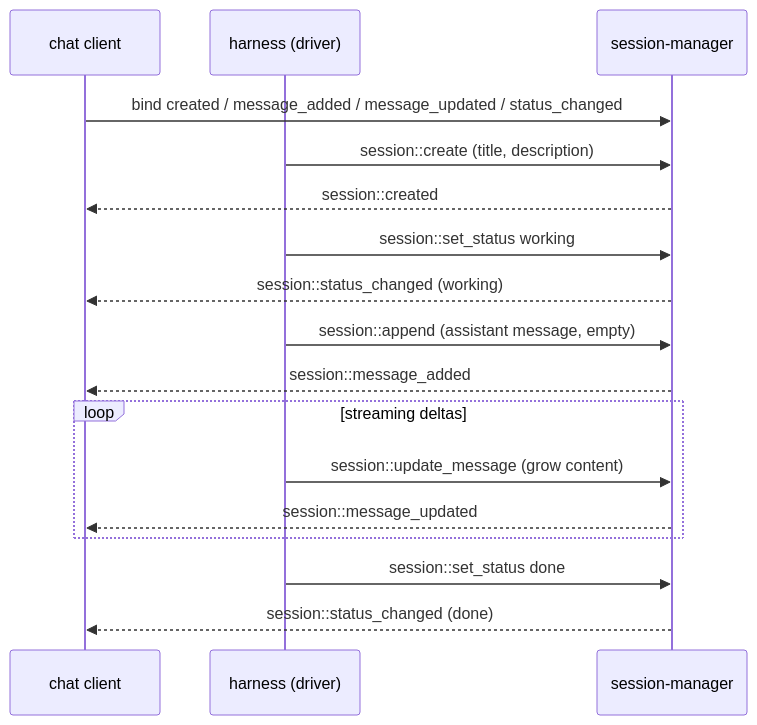
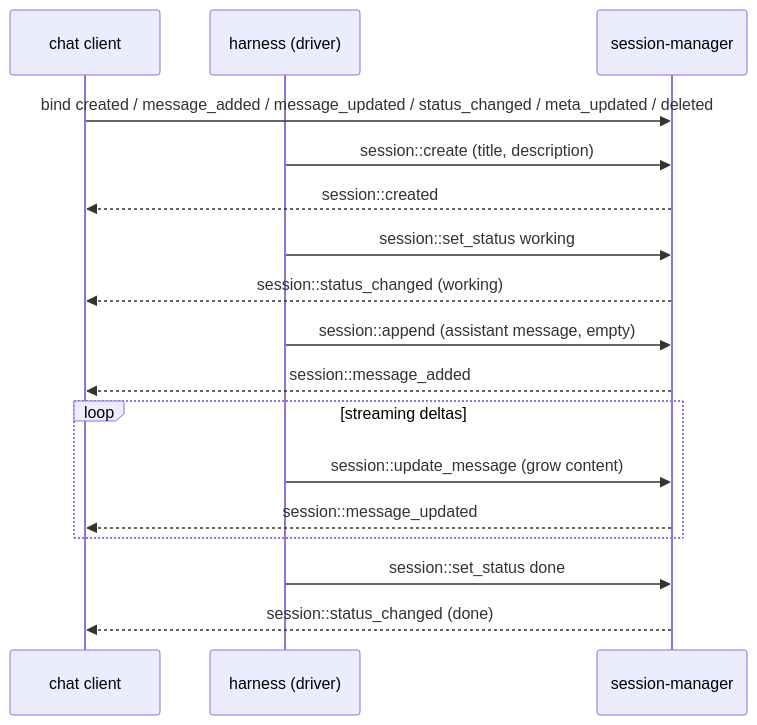
Before and after one commit to iii-hq/workers: the diagram in tech-specs/2026-06-agentic/session-manager.md, drawn with Mermaid. The commit also changed other lines of this file and 4 other files, not shown here.

````diff
--- a/tech-specs/2026-06-agentic/session-manager.md
+++ b/tech-specs/2026-06-agentic/session-manager.md
@@ -57,19 +62,19 @@
 ```mermaid
 sequenceDiagram
   participant UI as chat client
   participant H as harness (driver)
   participant S as session-manager
-  UI->>S: bind created / message_added / message_updated / status_changed
+  UI->>S: bind created / message_added / message_updated / status_changed / meta_updated / deleted
   H->>S: session::create (title, description)
   S-->>UI: session::created
   H->>S: session::set_status working
   S-->>UI: session::status_changed (working)
   H->>S: session::append (assistant message, empty)
   S-->>UI: session::message_added
   loop streaming deltas
     H->>S: session::update_message (grow content)
     S-->>UI: session::message_updated
   end
   H->>S: session::set_status done
   S-->>UI: session::status_changed (done)
 ```
````
